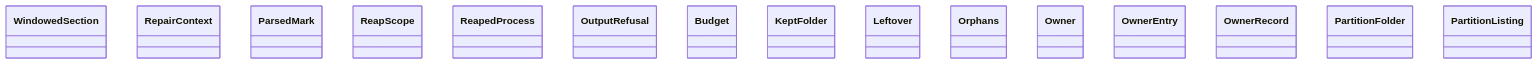
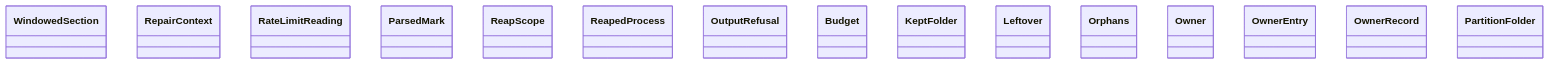
Before and after one commit to GonzaloZevallos/agentic-system: the diagram in docs/architecture/generated/classes-process-domain-machine-3.md, drawn with Mermaid. The commit also changed 21 other files, not shown here.

````diff
--- a/docs/architecture/generated/classes-process-domain-machine-3.md
+++ b/docs/architecture/generated/classes-process-domain-machine-3.md
@@ -34,18 +34,18 @@
 ```mermaid
 classDiagram
     class notify_message__WindowedSection["WindowedSection"]
     class output_repair__RepairContext["RepairContext"]
+    class rate_limit_wait__RateLimitReading["RateLimitReading"]
     class reaping__ParsedMark["ParsedMark"]
     class reaping__ReapScope["ReapScope"]
     class reaping__ReapedProcess["ReapedProcess"]
     class refusal__OutputRefusal["OutputRefusal"]
     class retakes__Budget["Budget"]
     class scratch__KeptFolder["KeptFolder"]
     class scratch__Leftover["Leftover"]
     class scratch__Orphans["Orphans"]
     class scratch__Owner["Owner"]
     class scratch__OwnerEntry["OwnerEntry"]
     class scratch__OwnerRecord["OwnerRecord"]
     class scratch__PartitionFolder["PartitionFolder"]
-    class scratch__PartitionListing["PartitionListing"]
 ```
````
